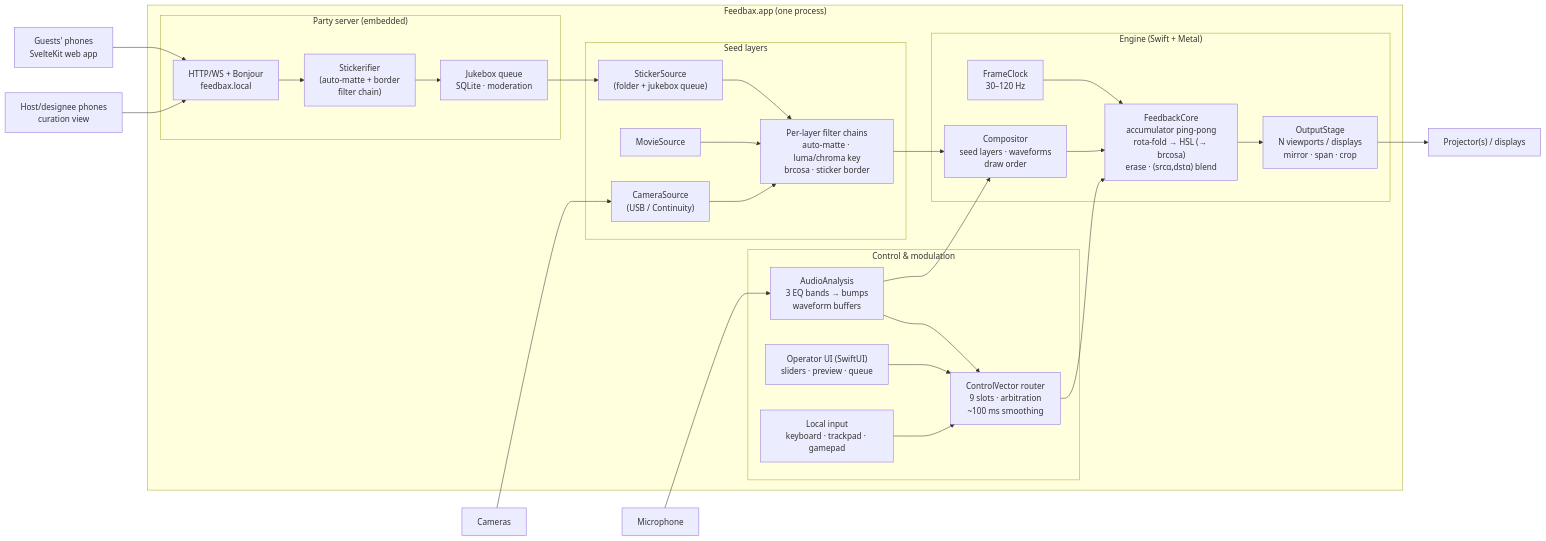
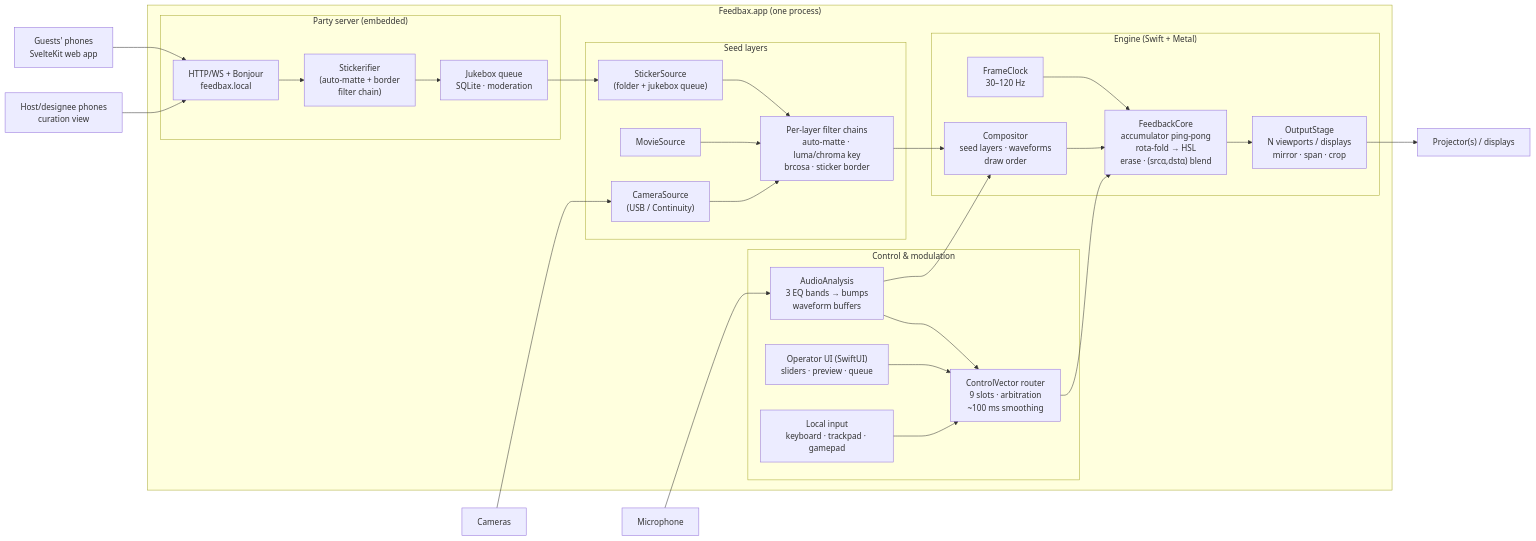
The first of 2 diagrams in docs/superpowers/specs/2026-08-23-feedbax-reimplementation-design.md (mindlace/feedbax), drawn with Mermaid before and after one commit. The commit also changed other lines of this file, not shown here.

First line of the commit message:
docs: resolve output-brcosa question — omit in v1, recoverable via filter chain

````diff
--- a/docs/superpowers/specs/2026-08-23-feedbax-reimplementation-design.md
+++ b/docs/superpowers/specs/2026-08-23-feedbax-reimplementation-design.md
@@ -111,34 +111,34 @@
 ```mermaid
 flowchart LR
   subgraph app["Feedbax.app (one process)"]
     subgraph engine["Engine (Swift + Metal)"]
       clock["FrameClock\n30–120 Hz"] --> core
-      core["FeedbackCore\naccumulator ping-pong\nrota-fold → HSL (→ brcosa)\nerase · (srcα,dstα) blend"]
+      core["FeedbackCore\naccumulator ping-pong\nrota-fold → HSL\nerase · (srcα,dstα) blend"]
       comp["Compositor\nseed layers · waveforms\ndraw order"] --> core
       core --> out["OutputStage\nN viewports / displays\nmirror · span · crop"]
     end
     subgraph sources["Seed layers"]
       stick["StickerSource\n(folder + jukebox queue)"] --> filt
       movie["MovieSource"] --> filt
       cam["CameraSource\n(USB / Continuity)"] --> filt
       filt["Per-layer filter chains\nauto-matte · luma/chroma key\nbrcosa · sticker border"] --> comp
     end
     subgraph control["Control & modulation"]
       cv["ControlVector router\n9 slots · arbitration\n~100 ms smoothing"] --> core
       audio["AudioAnalysis\n3 EQ bands → bumps\nwaveform buffers"] --> comp
       audio --> cv
       opui["Operator UI (SwiftUI)\nsliders · preview · queue"] --> cv
       local["Local input\nkeyboard · trackpad · gamepad"] --> cv
     end
     subgraph party["Party server (embedded)"]
       http["HTTP/WS + Bonjour\nfeedbax.local"] --> stickify["Stickerifier\n(auto-matte + border\nfilter chain)"]
       stickify --> queue["Jukebox queue\nSQLite · moderation"]
       queue --> stick
     end
   end
   phones["Guests' phones\nSvelteKit web app"] --> http
   curator["Host/designee phones\ncuration view"] --> http
   micln["Microphone"] --> audio
   cams["Cameras"] --> cam
   out --> proj["Projector(s) / displays"]
 ```
````
